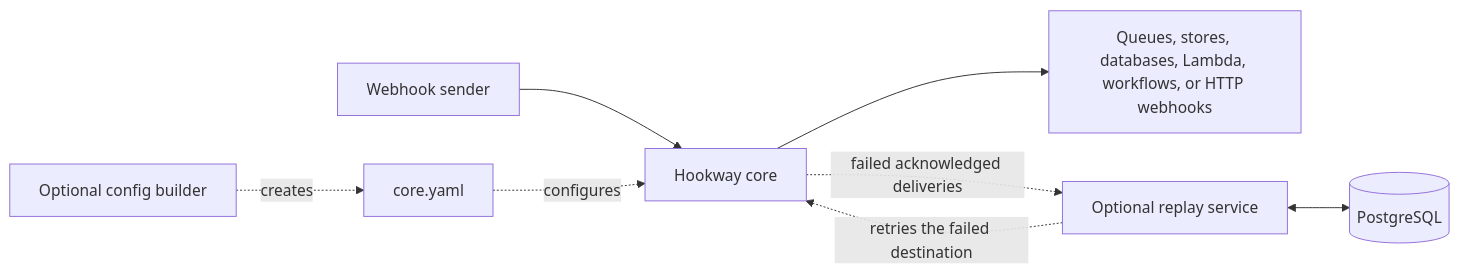
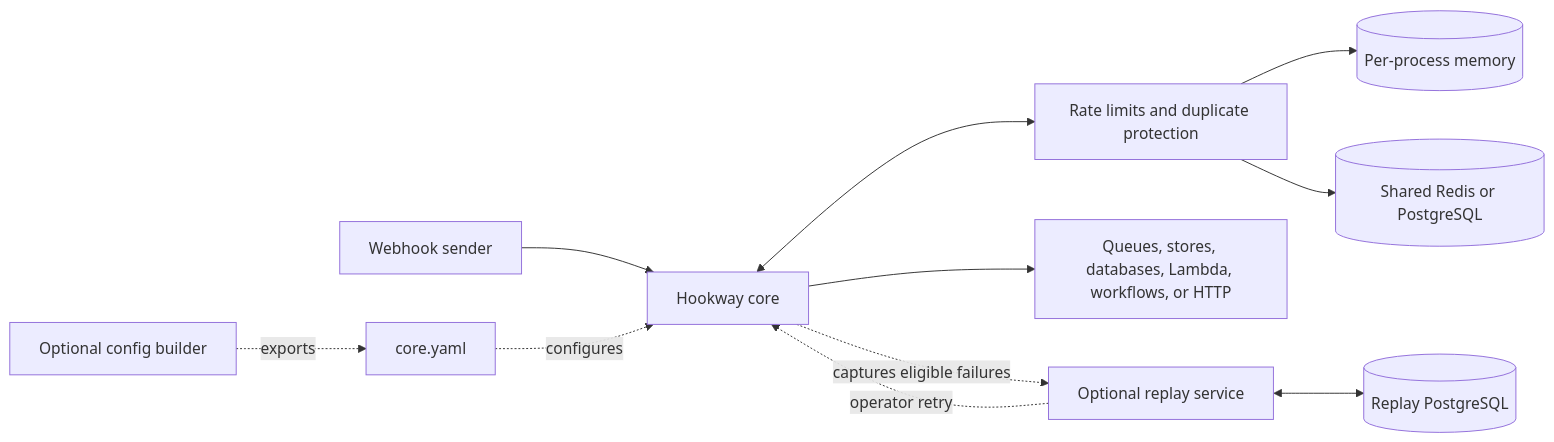
Before and after one commit to jaysongiroux/hook_way: the diagram in README.md, drawn with Mermaid. The commit also changed other lines of this file and 480 other files, not shown here.

````diff
--- a/README.md
+++ b/README.md
@@ -7,10 +55,13 @@
 ```mermaid
 flowchart LR
   Sender[Webhook sender] --> Core[Hookway core]
-  Builder[Optional config builder] -. creates .-> Config[core.yaml]
+  Builder[Optional config builder] -. exports .-> Config[core.yaml]
   Config -. configures .-> Core
-  Core --> Destinations[Queues, stores, databases, Lambda, workflows, or HTTP webhooks]
-  Core -. failed acknowledged deliveries .-> Replay[Optional replay service]
-  Replay <--> Postgres[(PostgreSQL)]
-  Replay -. retries the failed destination .-> Core
+  Core <--> Protection[Rate limits and duplicate protection]
+  Protection --> Memory[(Per-process memory)]
+  Protection --> Shared[(Shared Redis or PostgreSQL)]
+  Core --> Destinations[Queues, stores, databases, Lambda, workflows, or HTTP]
+  Core -. captures eligible failures .-> Replay[Optional replay service]
+  Replay <--> ReplayDB[(Replay PostgreSQL)]
+  Replay -. operator retry .-> Core
 ```
````
